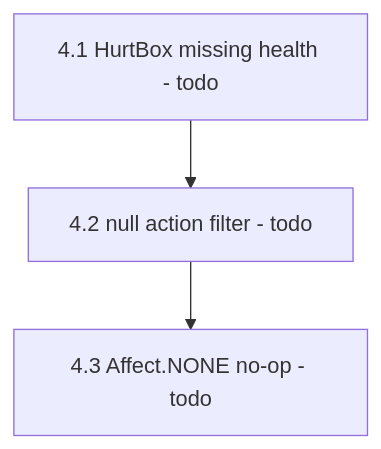
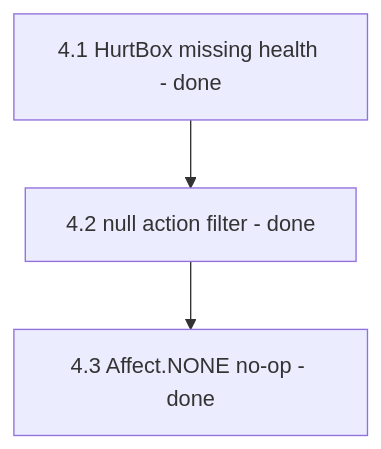
Before and after one commit to cluttered-code/godot-health-hitbox-hurtbox: the sixth of 8 diagrams in .cursor/plans/better_testing_coverage.md, drawn with Mermaid. The commit also changed other lines of this file and 79 other files, not shown here.

````diff
--- a/.cursor/plans/better_testing_coverage.md
+++ b/.cursor/plans/better_testing_coverage.md
@@ -155,5 +155,5 @@
 ```mermaid
 flowchart TB
-  T41["4.1 HurtBox missing health - todo"] --> T42["4.2 null action filter - todo"]
-  T42 --> T43["4.3 Affect.NONE no-op - todo"]
+  T41["4.1 HurtBox missing health - done"] --> T42["4.2 null action filter - done"]
+  T42 --> T43["4.3 Affect.NONE no-op - done"]
 ```
````
